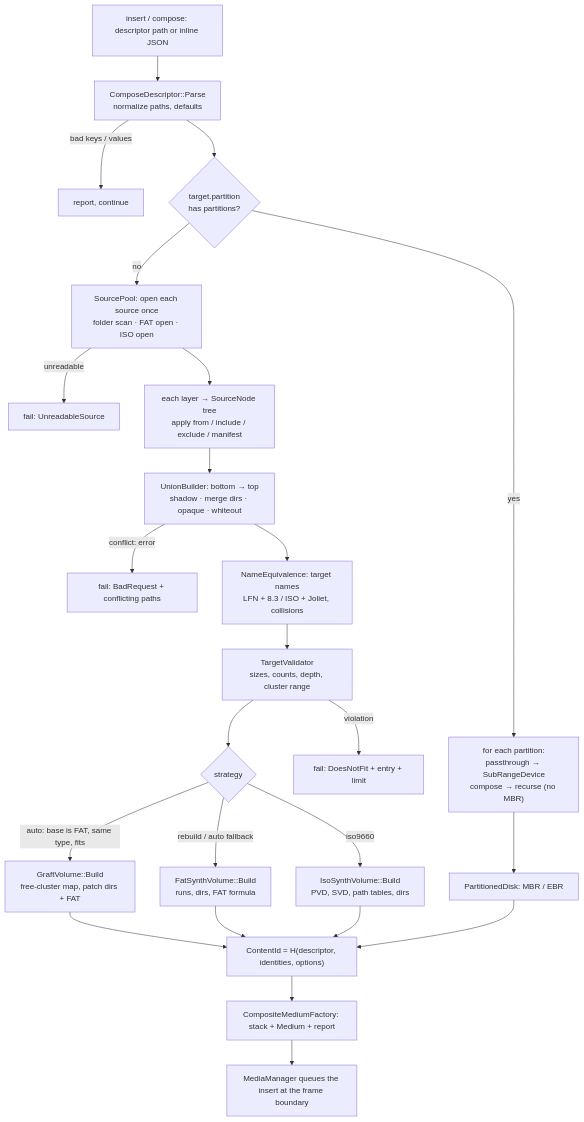
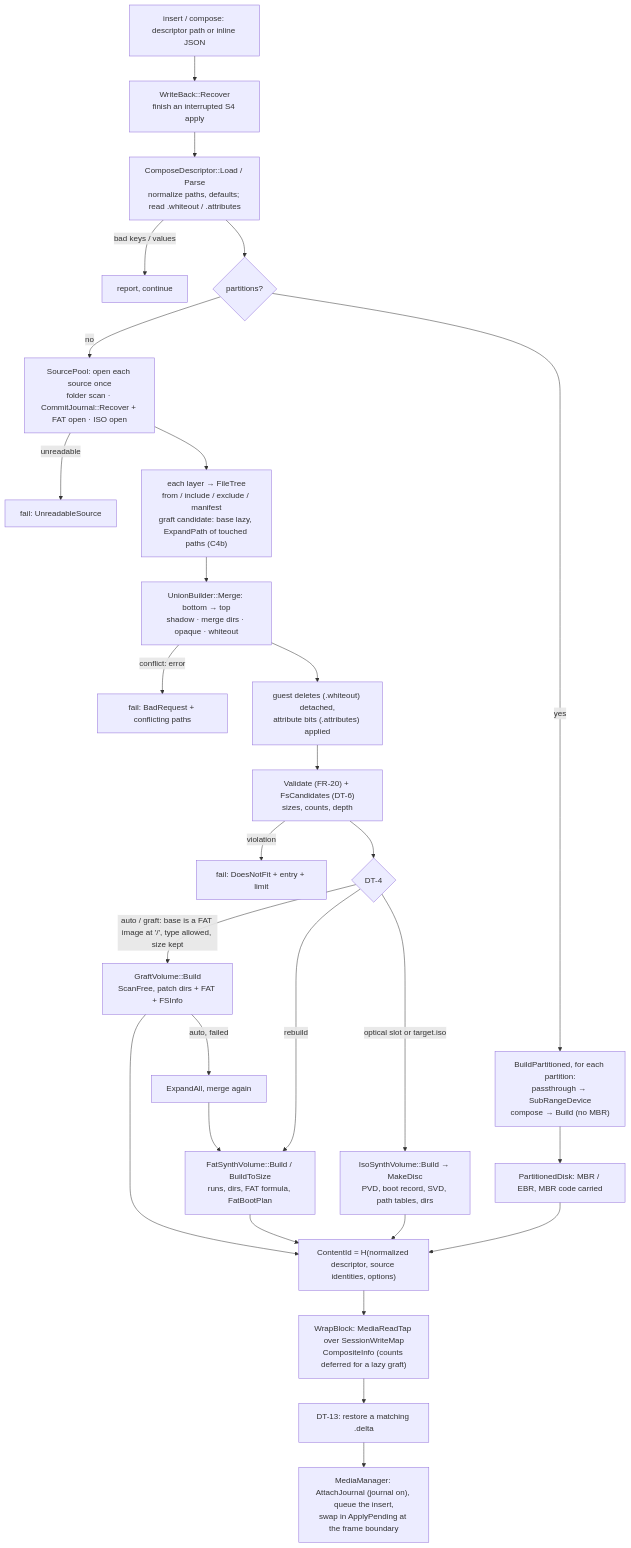
The fourth of 13 diagrams in docs/inprogress/2026-10-05-media-multisource/architecture.md (alfishe/unreal-ng), drawn with Mermaid before and after one commit. The commit also changed other lines of this file and 57 other files, not shown here.

````diff
--- a/docs/inprogress/2026-10-05-media-multisource/architecture.md
+++ b/docs/inprogress/2026-10-05-media-multisource/architecture.md
@@ -212,26 +339,30 @@
 ```mermaid
 flowchart TD
-    A["insert / compose: descriptor path or inline JSON"] --> B["ComposeDescriptor::Parse<br/>normalize paths, defaults"]
+    A["insert / compose: descriptor path or inline JSON"] --> RV["WriteBack::Recover<br/>finish an interrupted S4 apply"]
+    RV --> B["ComposeDescriptor::Load / Parse<br/>normalize paths, defaults; read .whiteout / .attributes"]
     B -->|"bad keys / values"| R1["report, continue"]
-    B --> C{"target.partition<br/>has partitions?"}
-    C -->|"yes"| P["for each partition:<br/>passthrough → SubRangeDevice<br/>compose → recurse (no MBR)"]
-    P --> PD["PartitionedDisk: MBR / EBR"]
-    C -->|"no"| D["SourcePool: open each source once<br/>folder scan · FAT open · ISO open"]
+    B --> C{"partitions?"}
+    C -->|"yes"| P["BuildPartitioned, for each partition:<br/>passthrough → SubRangeDevice<br/>compose → Build (no MBR)"]
+    P --> PD["PartitionedDisk: MBR / EBR, MBR code carried"]
+    C -->|"no"| D["SourcePool: open each source once<br/>folder scan · CommitJournal::Recover + FAT open · ISO open"]
     D -->|"unreadable"| E1["fail: UnreadableSource"]
-    D --> F["each layer → SourceNode tree<br/>apply from / include / exclude / manifest"]
-    F --> G["UnionBuilder: bottom → top<br/>shadow · merge dirs · opaque · whiteout"]
+    D --> F["each layer → FileTree<br/>from / include / exclude / manifest<br/>graft candidate: base lazy, ExpandPath of touched paths (C4b)"]
+    F --> G["UnionBuilder::Merge: bottom → top<br/>shadow · merge dirs · opaque · whiteout"]
     G -->|"conflict: error"| E2["fail: BadRequest + conflicting paths"]
-    G --> H["NameEquivalence: target names<br/>LFN + 8.3 / ISO + Joliet, collisions"]
-    H --> I["TargetValidator<br/>sizes, counts, depth, cluster range"]
+    G --> W["guest deletes (.whiteout) detached,<br/>attribute bits (.attributes) applied"]
+    W --> I["Validate (FR-20) + FsCandidates (DT-6)<br/>sizes, counts, depth"]
     I -->|"violation"| E3["fail: DoesNotFit + entry + limit"]
-    I --> J{"strategy"}
-    J -->|"auto: base is FAT, same type, fits"| K["GraftVolume::Build<br/>free-cluster map, patch dirs + FAT"]
-    J -->|"rebuild / auto fallback"| L["FatSynthVolume::Build<br/>runs, dirs, FAT formula"]
-    J -->|"iso9660"| M["IsoSynthVolume::Build<br/>PVD, SVD, path tables, dirs"]
-    K --> N["ContentId = H(descriptor, identities, options)"]
+    I --> J{"DT-4"}
+    J -->|"auto / graft: base is a FAT image at '/', type allowed, size kept"| K["GraftVolume::Build<br/>ScanFree, patch dirs + FAT + FSInfo"]
+    K -->|"auto, failed"| KF["ExpandAll, merge again"]
+    KF --> L
+    J -->|"rebuild"| L["FatSynthVolume::Build / BuildToSize<br/>runs, dirs, FAT formula, FatBootPlan"]
+    J -->|"optical slot or target.iso"| M["IsoSynthVolume::Build → MakeDisc<br/>PVD, boot record, SVD, path tables, dirs"]
+    K --> N["ContentId = H(normalized descriptor, source identities, options)"]
     L --> N
     M --> N
     PD --> N
-    N --> O["CompositeMediumFactory: stack + Medium + report"]
-    O --> Q["MediaManager queues the insert at the frame boundary"]
+    N --> O["WrapBlock: MediaReadTap over SessionWriteMap<br/>CompositeInfo (counts deferred for a lazy graft)"]
+    O --> DL["DT-13: restore a matching .delta"]
+    DL --> Q["MediaManager: AttachJournal (journal on), queue the insert,<br/>swap in ApplyPending at the frame boundary"]
 ```
````
